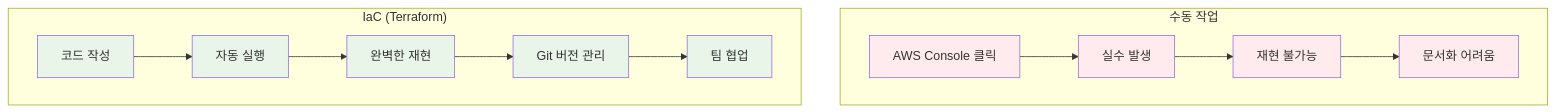
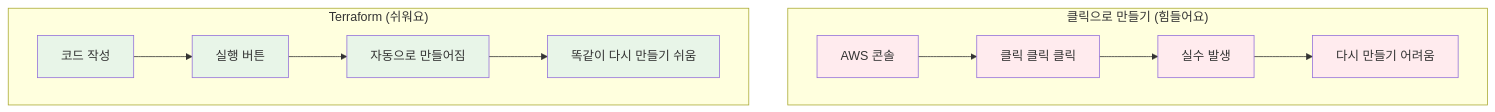
The first of 4 diagrams in theory/november/week_02/day1/session_3.md (niceguy61/kdt_devops_lecture_2025), drawn with Mermaid before and after one commit. The commit also changed other lines of this file, not shown here.

````diff
--- a/theory/november/week_02/day1/session_3.md
+++ b/theory/november/week_02/day1/session_3.md
@@ -105,25 +119,23 @@
 ```mermaid
 graph TB
-    subgraph "수동 작업"
-        A1[AWS Console 클릭] --> A2[실수 발생]
-        A2 --> A3[재현 불가능]
-        A3 --> A4[문서화 어려움]
+    subgraph "클릭으로 만들기 (힘들어요)"
+        A1[AWS 콘솔] --> A2[클릭 클릭 클릭]
+        A2 --> A3[실수 발생]
+        A3 --> A4[다시 만들기 어려움]
     end
     
-    subgraph "IaC (Terraform)"
-        B1[코드 작성] --> B2[자동 실행]
-        B2 --> B3[완벽한 재현]
-        B3 --> B4[Git 버전 관리]
-        B4 --> B5[팀 협업]
+    subgraph "Terraform (쉬워요)"
+        B1[코드 작성] --> B2[실행 버튼]
+        B2 --> B3[자동으로 만들어짐]
+        B3 --> B4[똑같이 다시 만들기 쉬움]
     end
     
     style A1 fill:#ffebee
     style A2 fill:#ffebee
     style A3 fill:#ffebee
     style A4 fill:#ffebee
     style B1 fill:#e8f5e8
     style B2 fill:#e8f5e8
     style B3 fill:#e8f5e8
     style B4 fill:#e8f5e8
-    style B5 fill:#e8f5e8
 ```
````
